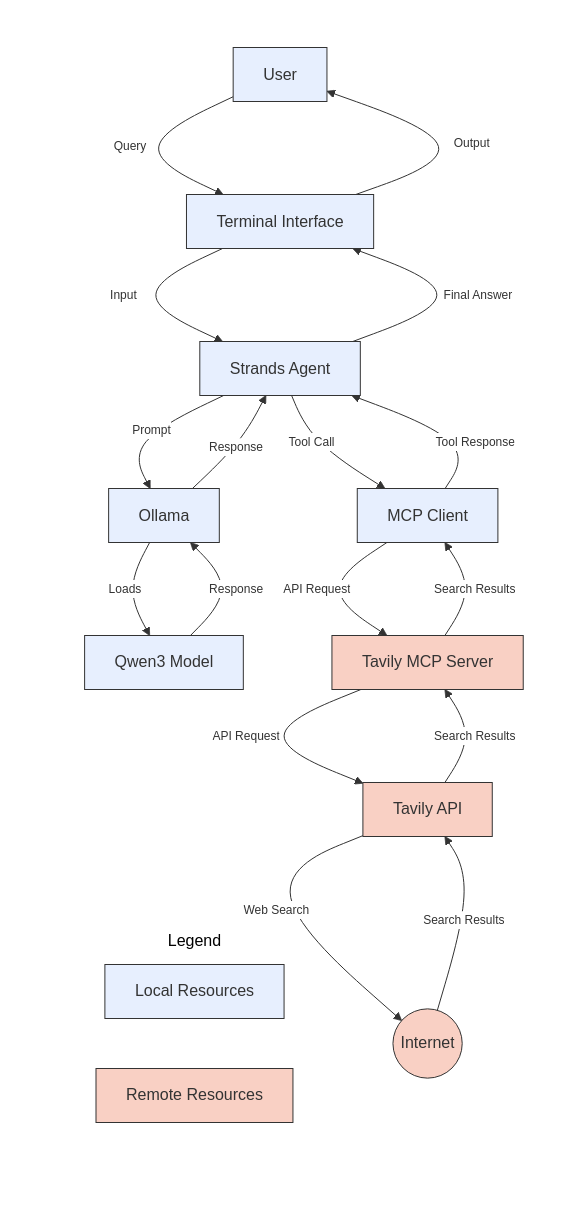
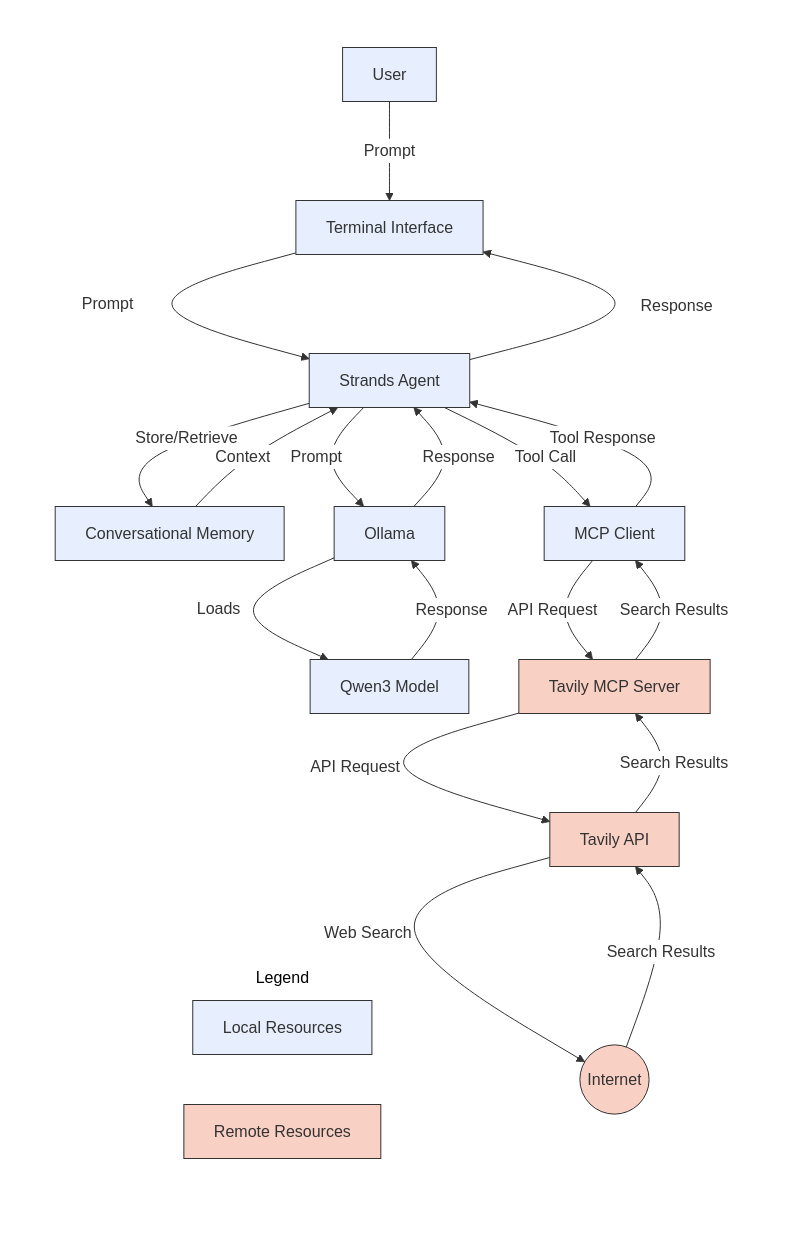
The diagram in README.md (garystafford/web-research-agent-demo), drawn with Mermaid before and after one commit.

````diff
--- a/README.md
+++ b/README.md
@@ -18,63 +18,65 @@
 ```mermaid
 %%{
   init: {
     'theme': 'base',
+    'defaultRenderer': 'elk',
     'themeVariables': {
       'primaryColor': '#e7effe',
       'primaryTextColor': '#333',
       'primaryBorderColor': '#333',
       'lineColor': '#333',
       'secondaryColor': '#fff',
       'tertiaryColor': '#fff',
       'fontFamily': 'arial',
       'background': '#fff'
     }
   }
 }%%
 
-flowchart LR
+flowchart RL
     style System fill:#fff,stroke:#fff,stroke-width:0px
     subgraph System[ ]
         %% Local Resources (use specific coloring)
         classDef localResource fill:#e7effe,stroke:#333,stroke-width:1px
         User[User]:::localResource
         Terminal[Terminal Interface]:::localResource
         Agent[Strands Agent]:::localResource
+        Memory[Conversational Memory]:::localResource
         Ollama[Ollama]:::localResource
         Qwen3[Qwen3 Model]:::localResource
         MCPClient[MCP Client]:::localResource
 
         %% Remote Resources (use specific coloring)
         classDef remoteResource fill:#f9d0c4,stroke:#333,stroke-width:1px
         TavilyMCP[Tavily MCP Server]:::remoteResource
         TavilyAPI[Tavily API]:::remoteResource
         Internet((Internet)):::remoteResource
 
         %% Flow connections
-        User -->|Query| Terminal
-        Terminal -->|Input| Agent
+        User -->|Prompt| Terminal
+        Terminal -->|Prompt| Agent
+        Agent -->|Store/Retrieve| Memory
+        Memory -->|Context| Agent
         Agent -->|Prompt| Ollama
         Ollama -->|Loads| Qwen3
         Agent -->|Tool Call| MCPClient
         MCPClient -->|API Request| TavilyMCP
         TavilyMCP -->|API Request| TavilyAPI
         TavilyAPI -->|Web Search| Internet
         Internet -->|Search Results| TavilyAPI
         TavilyAPI -->|Search Results| TavilyMCP
         TavilyMCP -->|Search Results| MCPClient
         MCPClient -->|Tool Response| Agent
         Qwen3 -->|Response| Ollama
         Ollama -->|Response| Agent
-        Agent -->|Final Answer| Terminal
-        Terminal -->|Output| User
+        Agent -->|Response| Terminal
 
         %% Style for all connections
-        linkStyle default stroke:#333,stroke-width:1px,font-size:12px
         %% Legend
         subgraph Legend
             style Legend fill:none,stroke:#fff,stroke-width:0px
             LocalRes[Local Resources]:::localResource
             RemoteRes[Remote Resources]:::remoteResource
         end
     end
 ```
````
